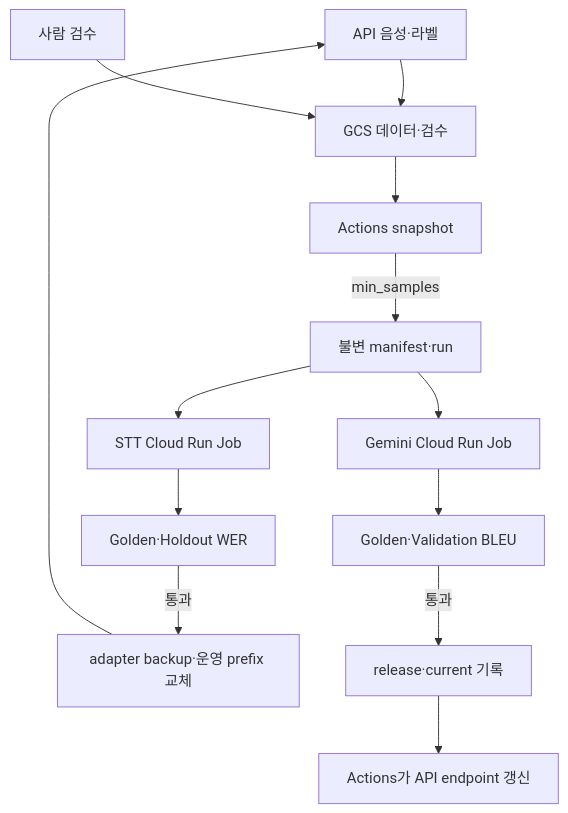
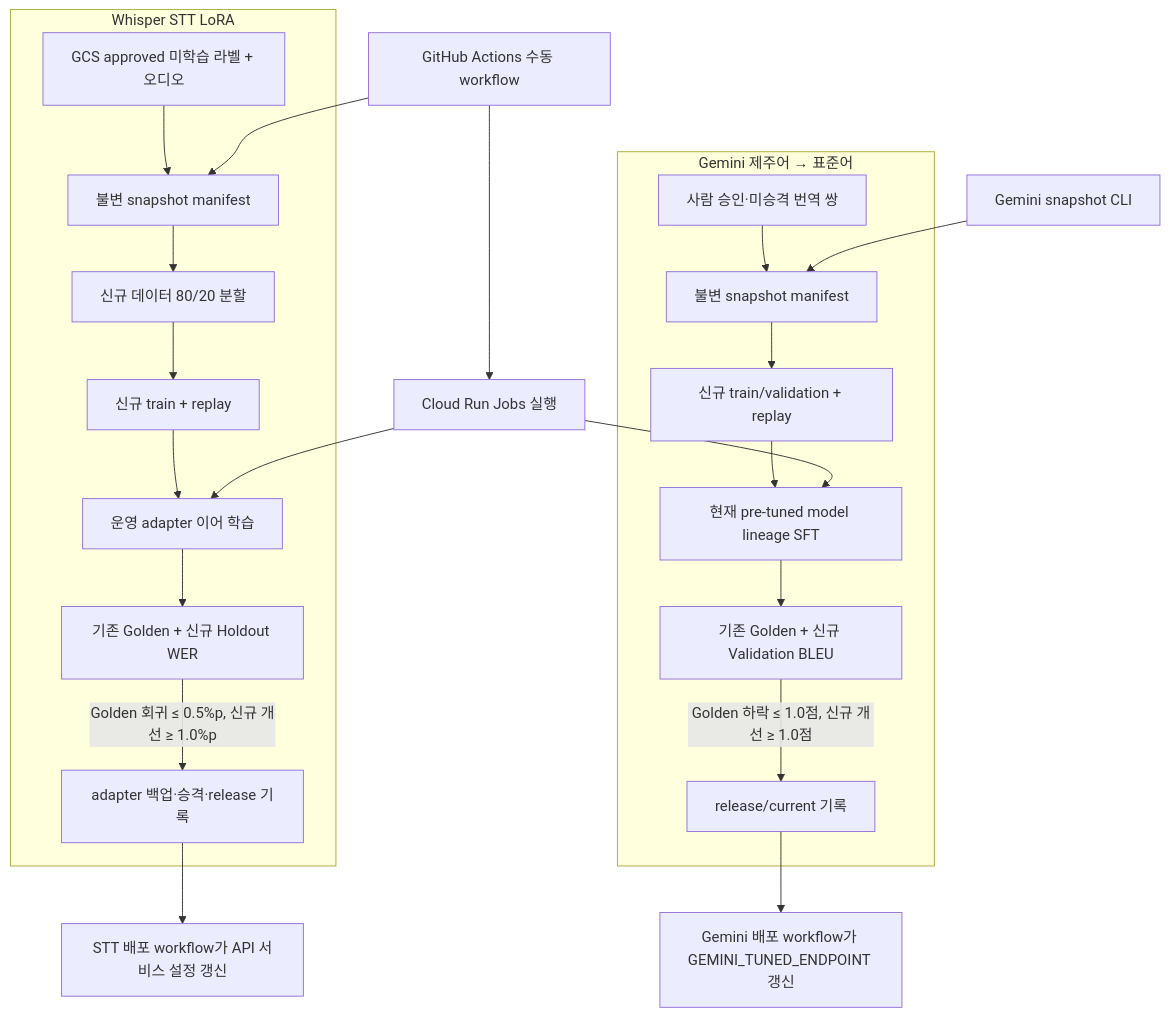
Before and after one commit to sunghopp/Korean-Heritage-FLYWHEEL-TRAIN: the diagram in README.md, drawn with Mermaid. The commit also changed other lines of this file, not shown here.

Commit message:
docs(flywheel): detail training and evaluation flows

````diff
--- a/README.md
+++ b/README.md
@@ -22,15 +21,25 @@
-~~~mermaid
+```mermaid
 flowchart TD
-  API[API 음성·라벨] --> GCS[GCS 데이터·검수]
-  HUMAN[사람 검수] --> GCS
-  GCS --> SNAP[Actions snapshot]
-  SNAP -->|min_samples| MAN[불변 manifest·run]
-  MAN --> STT[STT Cloud Run Job]
-  STT --> WER[Golden·Holdout WER]
-  WER -->|통과| ADAPTER[adapter backup·운영 prefix 교체]
-  MAN --> GEM[Gemini Cloud Run Job]
-  GEM --> BLEU[Golden·Validation BLEU]
-  BLEU -->|통과| REL[release·current 기록]
-  REL --> ACT[Actions가 API endpoint 갱신]
-  ADAPTER --> API
-~~~
+  subgraph STT[Whisper STT LoRA]
+    A[GCS approved 미학습 라벨 + 오디오] --> B[불변 snapshot manifest]
+    B --> C[신규 데이터 80/20 분할]
+    C --> D[신규 train + replay]
+    D --> E[운영 adapter 이어 학습]
+    E --> F[기존 Golden + 신규 Holdout WER]
+    F -->|Golden 회귀 ≤ 0.5%p, 신규 개선 ≥ 1.0%p| G[adapter 백업·승격·release 기록]
+  end
+  subgraph GEM[Gemini 제주어 → 표준어]
+    H[사람 승인·미승격 번역 쌍] --> I[불변 snapshot manifest]
+    I --> J[신규 train/validation + replay]
+    J --> K[현재 pre-tuned model lineage SFT]
+    K --> L[기존 Golden + 신규 Validation BLEU]
+    L -->|Golden 하락 ≤ 1.0점, 신규 개선 ≥ 1.0점| M[release/current 기록]
+  end
+  N[GitHub Actions 수동 workflow] --> B
+  N --> O[Cloud Run Jobs 실행]
+  O --> E
+  O --> K
+  R[Gemini snapshot CLI] --> I
+  G --> P[STT 배포 workflow가 API 서비스 설정 갱신]
+  M --> Q[Gemini 배포 workflow가 GEMINI_TUNED_ENDPOINT 갱신]
+```
````
